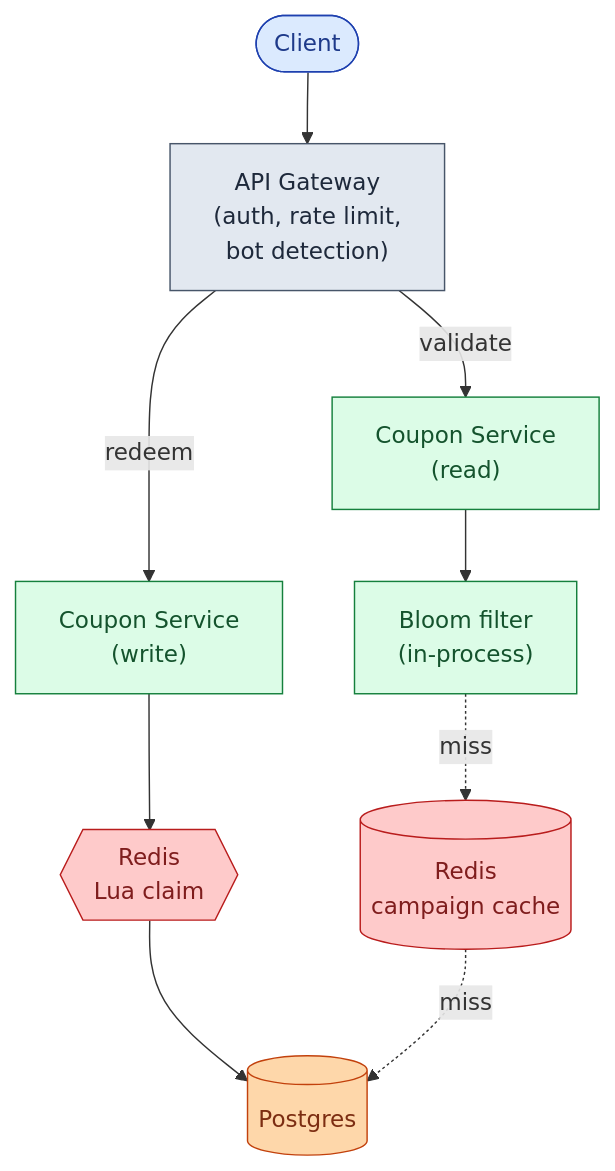
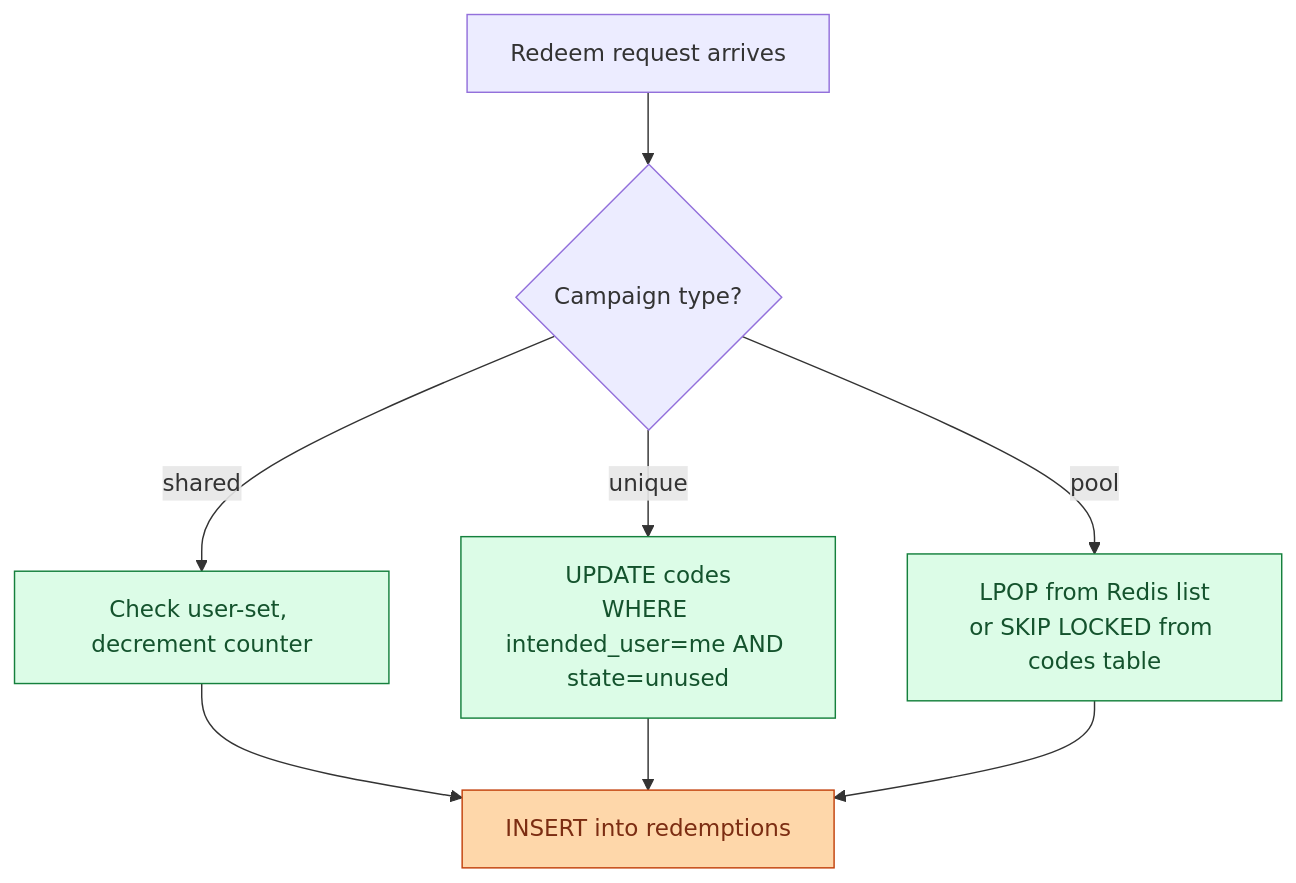
Before and after one commit to shiningflash/shiningflash.github.io: the eighth of 15 diagrams in _practice/system-design/014-coupon-redemption.md, drawn with Mermaid. The commit also changed other lines of this file and 18 other files, not shown here.

````diff
--- a/_practice/system-design/014-coupon-redemption.md
+++ b/_practice/system-design/014-coupon-redemption.md
@@ -286,19 +334,13 @@
 ```mermaid
-flowchart TB
-    C([Client]):::user --> GW["API Gateway<br/>(auth, rate limit,<br/>bot detection)"]:::edge
-    GW -->|redeem| S["Coupon Service<br/>(write)"]:::app
-    GW -->|validate| R["Coupon Service<br/>(read)"]:::app
+flowchart TD
+    Start["Redeem request arrives"] --> T{"Campaign type?"}
+    T -->|shared| SC["Check user-set, decrement counter"]:::app
+    T -->|unique| UN["UPDATE codes<br/>WHERE intended_user=me AND state=unused"]:::app
+    T -->|pool| PO["LPOP from Redis list<br/>or SKIP LOCKED from codes table"]:::app
+    SC --> Write["INSERT into redemptions"]:::db
+    UN --> Write
+    PO --> Write
 
-    S --> Redis{{"Redis<br/>Lua claim"}}:::cache
-    Redis --> DB[("Postgres")]:::db
-
-    R --> Bloom["Bloom filter<br/>(in-process)"]:::app
-    Bloom -.miss.-> RCache[("Redis<br/>campaign cache")]:::cache
-    RCache -.miss.-> DB
-
-    classDef user  fill:#dbeafe,stroke:#1e40af,color:#1e3a8a
-    classDef edge  fill:#e2e8f0,stroke:#475569,color:#1e293b
-    classDef app   fill:#dcfce7,stroke:#15803d,color:#14532d
-    classDef db    fill:#fed7aa,stroke:#c2410c,color:#7c2d12
-    classDef cache fill:#fecaca,stroke:#b91c1c,color:#7f1d1d
+    classDef app fill:#dcfce7,stroke:#15803d,color:#14532d
+    classDef db  fill:#fed7aa,stroke:#c2410c,color:#7c2d12
 ```
````
